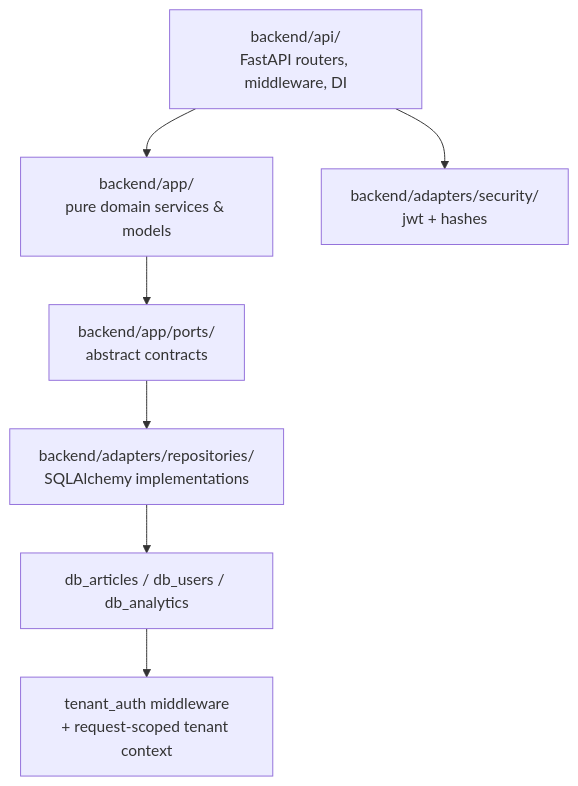
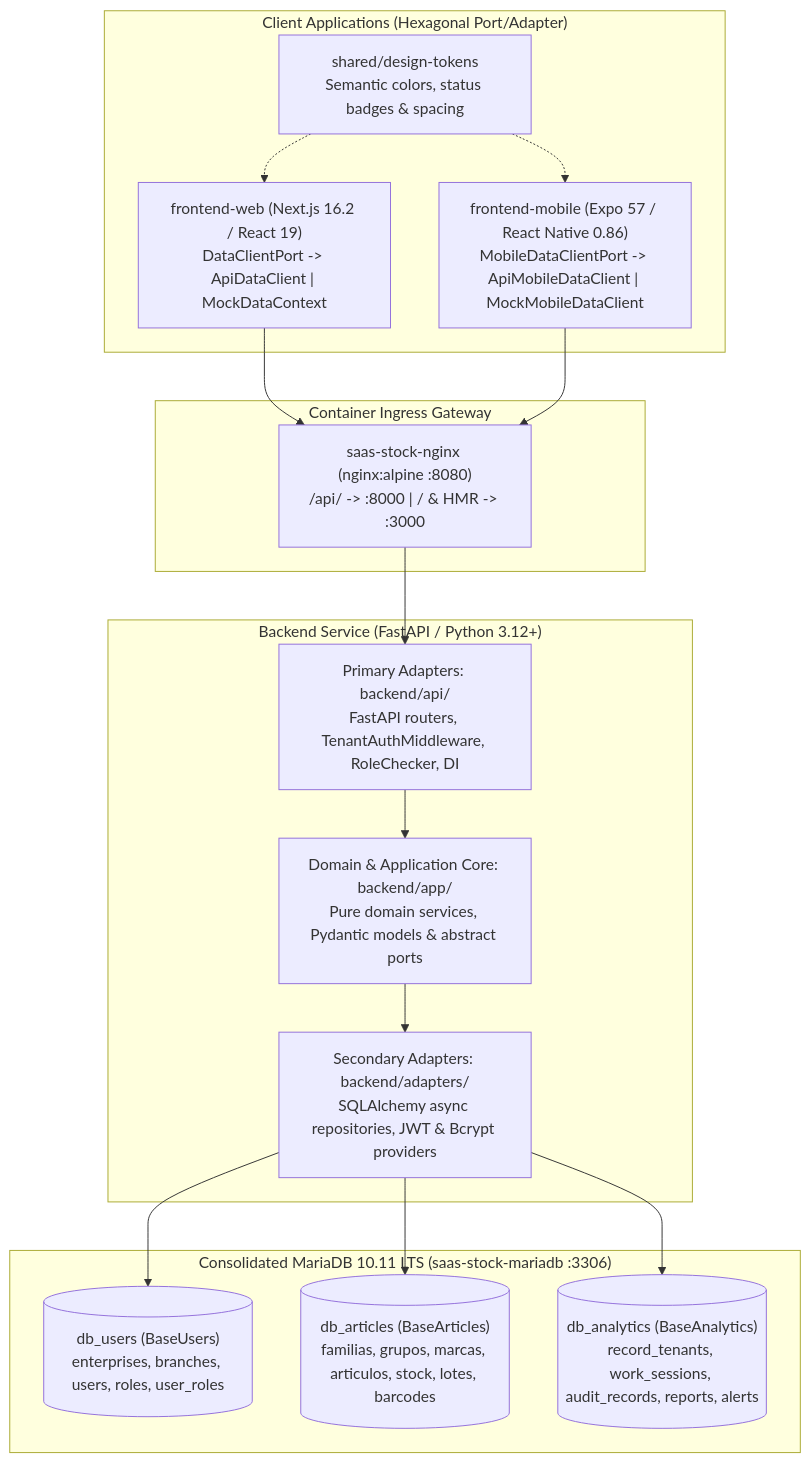
Before and after one commit to StockDepositControl/SaaSStockDepositControl: the diagram in docs/ARCHITECTURE.md, drawn with Mermaid. The commit also changed other lines of this file and 12 other files, not shown here.

Commit message:
docs: update backend README and documentation files with comprehensive architectural details and setup instructions

````diff
--- a/docs/ARCHITECTURE.md
+++ b/docs/ARCHITECTURE.md
@@ -15,9 +11,35 @@
 ```mermaid
-graph TD
-    API["backend/api/<br/>FastAPI routers, middleware, DI"] --> DOMAIN["backend/app/<br/>pure domain services & models"]
-    DOMAIN --> PORTS["backend/app/ports/<br/>abstract contracts"]
-    PORTS --> REPO["backend/adapters/repositories/<br/>SQLAlchemy implementations"]
-    REPO --> DB["db_articles / db_users / db_analytics"]
-    API --> SECURITY["backend/adapters/security/<br/>jwt + hashes"]
-    DB --> MIDDLEWARE["tenant_auth middleware<br/>+ request-scoped tenant context"]
+flowchart TD
+    subgraph Clients["Client Applications (Hexagonal Port/Adapter)"]
+        WEB["frontend-web (Next.js 16.2 / React 19)<br/>DataClientPort -> ApiDataClient | MockDataContext"]
+        MOB["frontend-mobile (Expo 57 / React Native 0.86)<br/>MobileDataClientPort -> ApiMobileDataClient | MockMobileDataClient"]
+        TOKENS["shared/design-tokens<br/>Semantic colors, status badges & spacing"]
+        TOKENS -.-> WEB
+        TOKENS -.-> MOB
+    end
+
+    subgraph Ingress["Container Ingress Gateway"]
+        NGINX["saas-stock-nginx (nginx:alpine :8080)<br/>/api/ -> :8000 | / & HMR -> :3000"]
+    end
+
+    subgraph Backend["Backend Service (FastAPI / Python 3.12+)"]
+        API["Primary Adapters: backend/api/<br/>FastAPI routers, TenantAuthMiddleware, RoleChecker, DI"]
+        DOMAIN["Domain & Application Core: backend/app/<br/>Pure domain services, Pydantic models & abstract ports"]
+        ADAPTERS["Secondary Adapters: backend/adapters/<br/>SQLAlchemy async repositories, JWT & Bcrypt providers"]
+    end
+
+    subgraph Storage["Consolidated MariaDB 10.11 LTS (saas-stock-mariadb :3306)"]
+        DB_USERS[("db_users (BaseUsers)<br/>enterprises, branches, users, roles, user_roles")]
+        DB_ARTICLES[("db_articles (BaseArticles)<br/>familias, grupos, marcas, articulos, stock, lotes, barcodes")]
+        DB_ANALYTICS[("db_analytics (BaseAnalytics)<br/>record_tenants, work_sessions, audit_records, reports, alerts")]
+    end
+
+    WEB --> NGINX
+    MOB --> NGINX
+    NGINX --> API
+    API --> DOMAIN
+    DOMAIN --> ADAPTERS
+    ADAPTERS --> DB_USERS
+    ADAPTERS --> DB_ARTICLES
+    ADAPTERS --> DB_ANALYTICS
 ```
````
